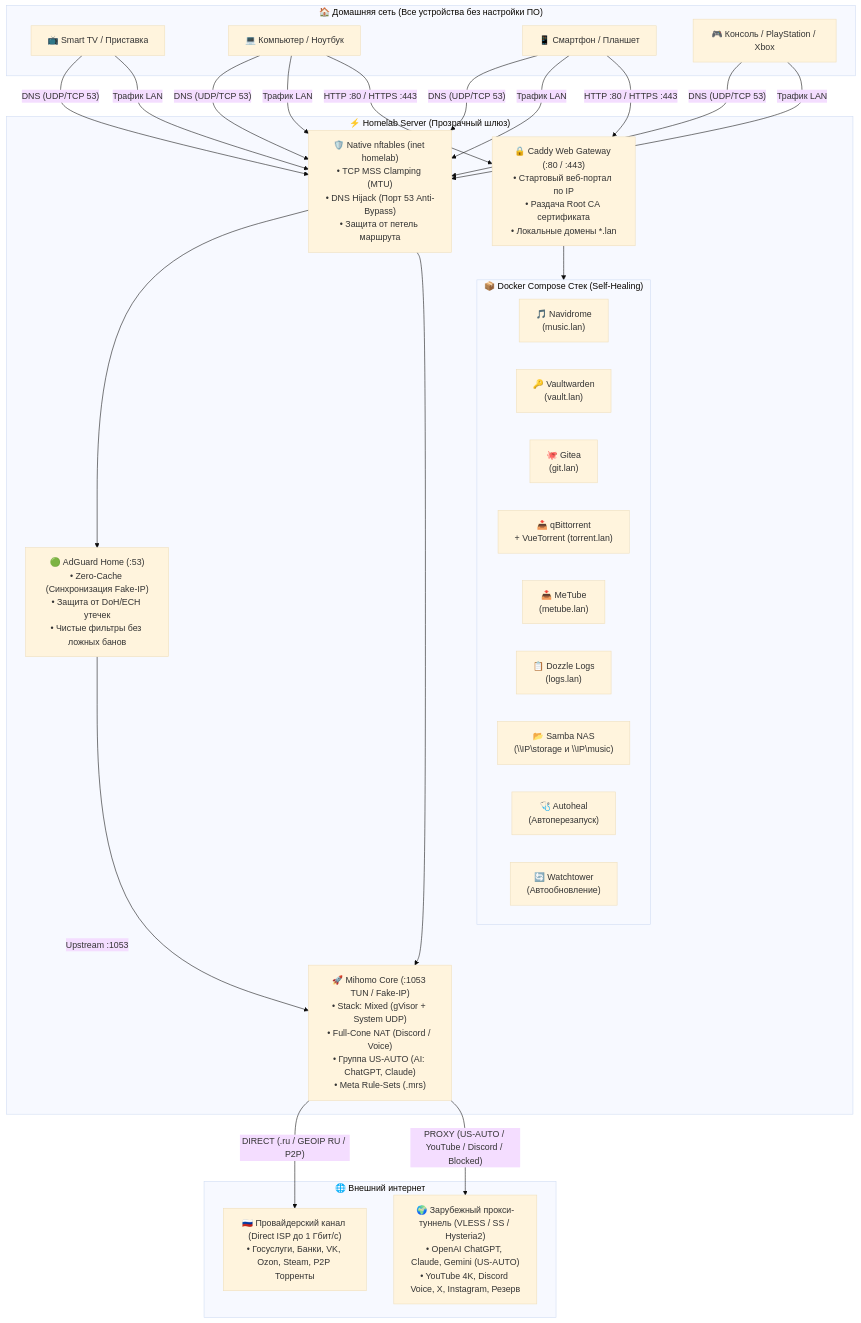
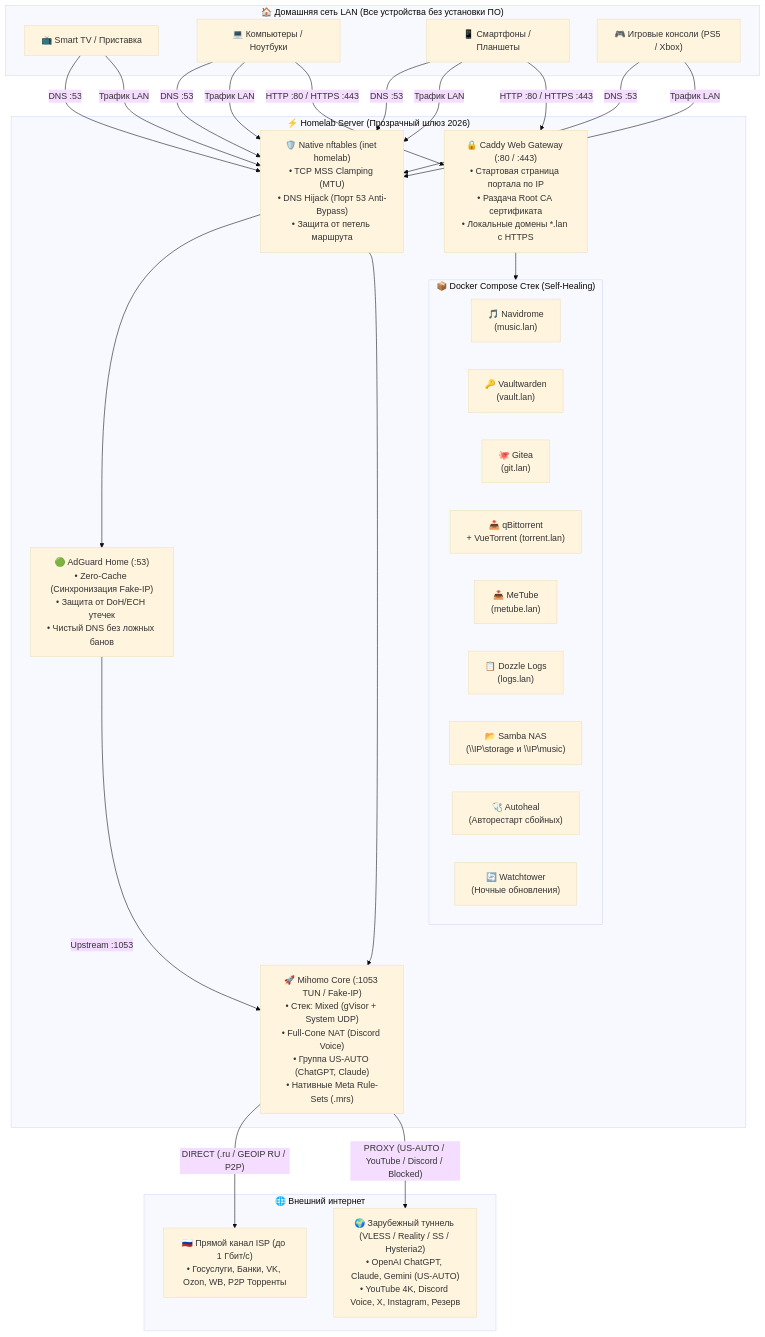
One commit to unknownpeace/Medal changed the diagram in README.md. Above: the diagram before and after it, drawn with Mermaid (base theme). The commit also changed other lines of this file, not shown here.

Commit message:
docs: rewrite README.md from scratch with v2.8.16 architecture and profiler guide

````diff
--- a/README.md
+++ b/README.md
@@ -72,56 +84,56 @@
 ```mermaid
 flowchart TD
-    subgraph LAN[" 🏠 Домашняя сеть (Все устройства без настройки ПО) "]
+    subgraph LAN[" 🏠 Домашняя сеть LAN (Все устройства без установки ПО) "]
         TV["📺 Smart TV / Приставка"]
-        PC["💻 Компьютер / Ноутбук"]
-        PHONE["📱 Смартфон / Планшет"]
-        CONSOLE["🎮 Консоль / PlayStation / Xbox"]
+        PC["💻 Компьютеры / Ноутбуки"]
+        PHONE["📱 Смартфоны / Планшеты"]
+        CONSOLE["🎮 Игровые консоли (PS5 / Xbox)"]
     end
 
-    subgraph SERVER[" ⚡ Homelab Server (Прозрачный шлюз) "]
+    subgraph SERVER[" ⚡ Homelab Server (Прозрачный шлюз 2026) "]
         NFT["🛡️ Native nftables (inet homelab)<br/>• TCP MSS Clamping (MTU)<br/>• DNS Hijack (Порт 53 Anti-Bypass)<br/>• Защита от петель маршрута"]
         
-        AGH["🟢 AdGuard Home (:53)<br/>• Zero-Cache (Синхронизация Fake-IP)<br/>• Защита от DoH/ECH утечек<br/>• Чистые фильтры без ложных банов"]
+        AGH["🟢 AdGuard Home (:53)<br/>• Zero-Cache (Синхронизация Fake-IP)<br/>• Защита от DoH/ECH утечек<br/>• Чистый DNS без ложных банов"]
         
-        MIHOMO["🚀 Mihomo Core (:1053 TUN / Fake-IP)<br/>• Stack: Mixed (gVisor + System UDP)<br/>• Full-Cone NAT (Discord / Voice)<br/>• Группа US-AUTO (AI: ChatGPT, Claude)<br/>• Meta Rule-Sets (.mrs)"]
+        MIHOMO["🚀 Mihomo Core (:1053 TUN / Fake-IP)<br/>• Стек: Mixed (gVisor + System UDP)<br/>• Full-Cone NAT (Discord Voice)<br/>• Группа US-AUTO (ChatGPT, Claude)<br/>• Нативные Meta Rule-Sets (.mrs)"]
 
-        CADDY["🔒 Caddy Web Gateway (:80 / :443)<br/>• Стартовый веб-портал по IP<br/>• Раздача Root CA сертификата<br/>• Локальные домены *.lan"]
+        CADDY["🔒 Caddy Web Gateway (:80 / :443)<br/>• Стартовая страница портала по IP<br/>• Раздача Root CA сертификата<br/>• Локальные домены *.lan с HTTPS"]
 
         subgraph APPS[" 📦 Docker Compose Стек (Self-Healing) "]
             NAVI["🎵 Navidrome<br/>(music.lan)"]
             VW["🔑 Vaultwarden<br/>(vault.lan)"]
             GIT["🐙 Gitea<br/>(git.lan)"]
             QBIT["📥 qBittorrent<br/>+ VueTorrent (torrent.lan)"]
             METUBE["📥 MeTube<br/>(metube.lan)"]
             DOZZLE["📋 Dozzle Logs<br/>(logs.lan)"]
             SMB["📂 Samba NAS<br/>(\\IP\storage и \\IP\music)"]
-            HEAL["🩺 Autoheal<br/>(Автоперезапуск)"]
-            WT["🔄 Watchtower<br/>(Автообновление)"]
+            HEAL["🩺 Autoheal<br/>(Авторестарт сбойных)"]
+            WT["🔄 Watchtower<br/>(Ночные обновления)"]
         end
     end
 
     subgraph INTERNET[" 🌐 Внешний интернет "]
-        DIRECT_NET["🇷🇺 Провайдерский канал (Direct ISP до 1 Гбит/с)<br/>• Госуслуги, Банки, VK, Ozon, Steam, P2P Торренты"]
-        PROXY_NET["🌍 Зарубежный прокси-туннель (VLESS / SS / Hysteria2)<br/>• OpenAI ChatGPT, Claude, Gemini (US-AUTO)<br/>• YouTube 4K, Discord Voice, X, Instagram, Резерв"]
+        DIRECT_NET["🇷🇺 Прямой канал ISP (до 1 Гбит/с)<br/>• Госуслуги, Банки, VK, Ozon, WB, P2P Торренты"]
+        PROXY_NET["🌍 Зарубежный туннель (VLESS / Reality / SS / Hysteria2)<br/>• OpenAI ChatGPT, Claude, Gemini (US-AUTO)<br/>• YouTube 4K, Discord Voice, X, Instagram, Резерв"]
     end
 
-    TV -->|"DNS (UDP/TCP 53)"| NFT
-    PC -->|"DNS (UDP/TCP 53)"| NFT
-    PHONE -->|"DNS (UDP/TCP 53)"| NFT
-    CONSOLE -->|"DNS (UDP/TCP 53)"| NFT
+    TV -->|"DNS :53"| NFT
+    PC -->|"DNS :53"| NFT
+    PHONE -->|"DNS :53"| NFT
+    CONSOLE -->|"DNS :53"| NFT
     NFT --> AGH
     AGH -->|"Upstream :1053"| MIHOMO
     
     TV -->|"Трафик LAN"| NFT
     PC -->|"Трафик LAN"| NFT
     PHONE -->|"Трафик LAN"| NFT
     CONSOLE -->|"Трафик LAN"| NFT
     NFT --> MIHOMO
 
     MIHOMO -->|"DIRECT (.ru / GEOIP RU / P2P)"| DIRECT_NET
     MIHOMO -->|"PROXY (US-AUTO / YouTube / Discord / Blocked)"| PROXY_NET
 
     PC -->|"HTTP :80 / HTTPS :443"| CADDY
     PHONE -->|"HTTP :80 / HTTPS :443"| CADDY
     CADDY --> APPS
 ```
````
